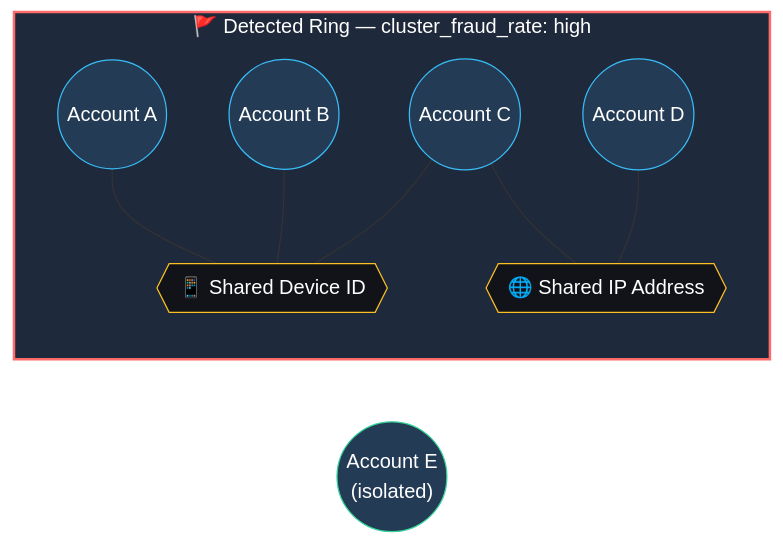
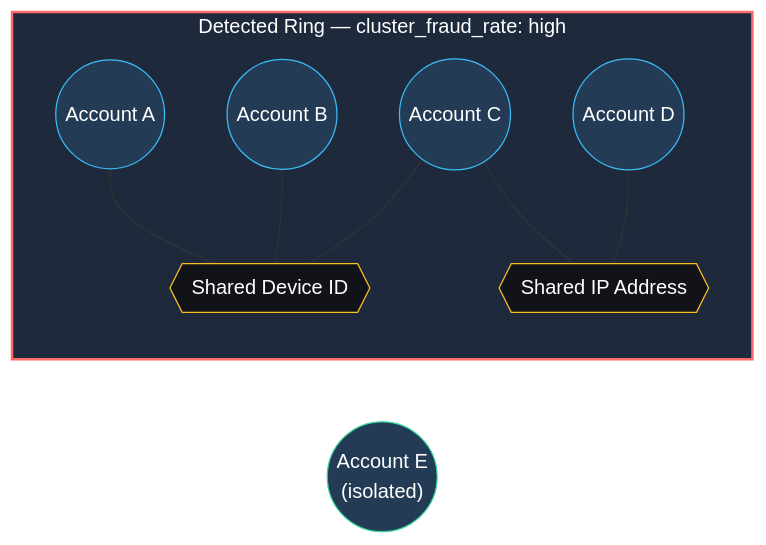
One commit to Nandinisingh07/abuse-ring-sentinel changed the first of 4 diagrams in README.md. Above: the diagram before and after it, drawn with Mermaid. The commit also changed other lines of this file, not shown here.

````diff
--- a/README.md
+++ b/README.md
@@ -104,26 +148,26 @@
 ```mermaid
 graph LR
-    subgraph Ring["🚩 Detected Ring — cluster_fraud_rate: high"]
+    subgraph Ring["Detected Ring — cluster_fraud_rate: high"]
         A1((Account A))
         A2((Account B))
         A3((Account C))
         A4((Account D))
-        D1{{"📱 Shared Device ID"}}
+        D1{{"Shared Device ID"}}
         A1 --- D1
         A2 --- D1
         A3 --- D1
-        I1{{"🌐 Shared IP Address"}}
+        I1{{"Shared IP Address"}}
         A3 --- I1
         A4 --- I1
     end
     A5(("Account E<br/>(isolated)"))
 
     style Ring fill:#1e293b,stroke:#ff6b6b,stroke-width:2px,color:#fff
     style A1 fill:#243b55,stroke:#38bdf8,color:#fff
     style A2 fill:#243b55,stroke:#38bdf8,color:#fff
     style A3 fill:#243b55,stroke:#38bdf8,color:#fff
     style A4 fill:#243b55,stroke:#38bdf8,color:#fff
     style A5 fill:#243b55,stroke:#34d399,color:#fff
     style D1 fill:#111318,stroke:#fbbf24,color:#fff
     style I1 fill:#111318,stroke:#fbbf24,color:#fff
 ```
````
